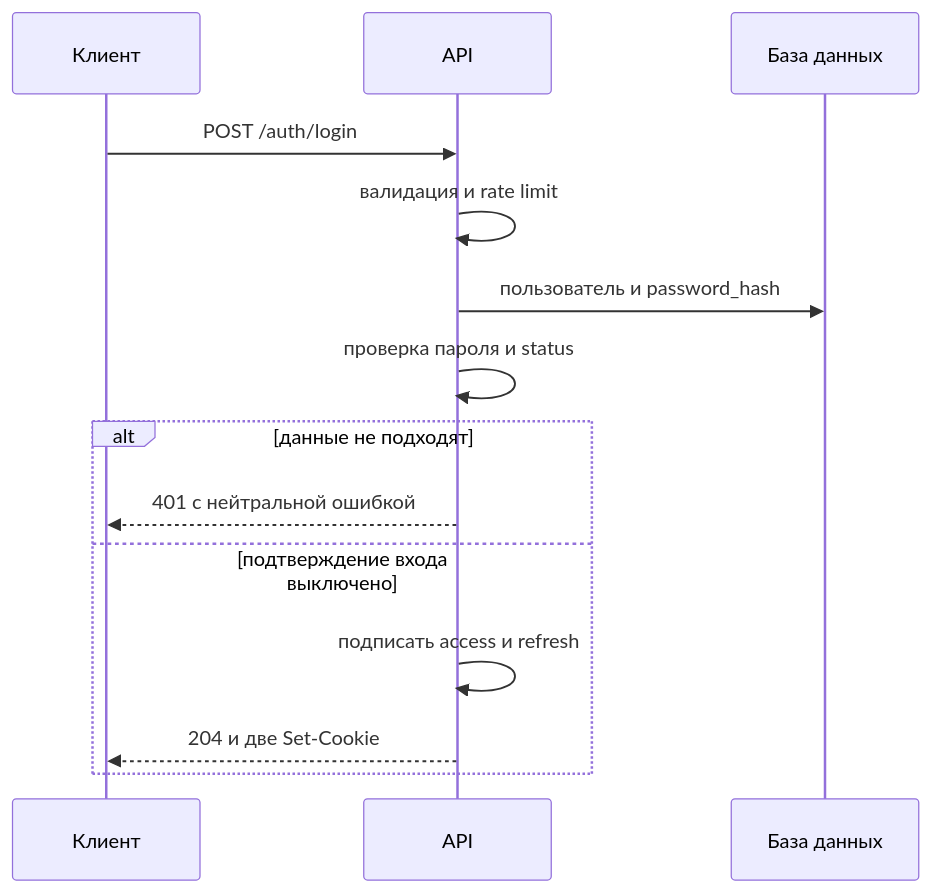
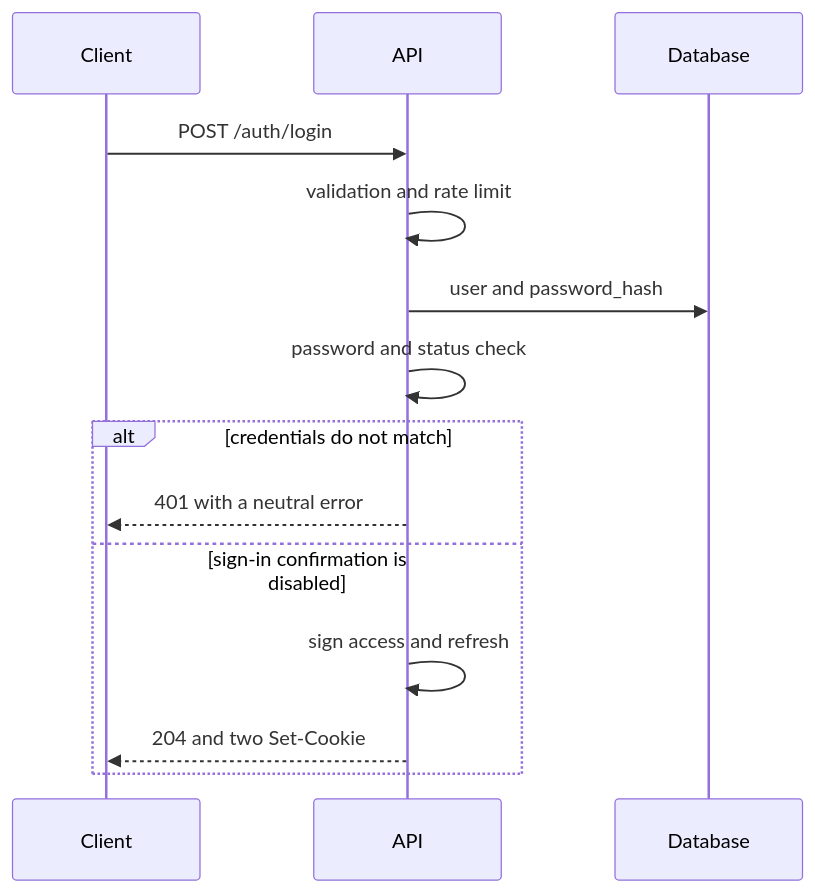
Before and after one commit to pavel-skripko-innowise/inno-fe-be-a1: the first of 3 diagrams in courses-content/backend/A/1/en/1.1.1 Аутентификация.md, drawn with Mermaid. The commit also changed other lines of this file and 35 other files, not shown here.

````diff
--- a/courses-content/backend/A/1/en/1.1.1 Аутентификация.md
+++ b/courses-content/backend/A/1/en/1.1.1 Аутентификация.md
@@ -34,16 +34,16 @@
 ```mermaid
 sequenceDiagram
-  participant C as Клиент
+  participant C as Client
   participant A as API
-  participant D as База данных
+  participant D as Database
   C->>A: POST /auth/login
-  A->>A: валидация и rate limit
-  A->>D: пользователь и password_hash
-  A->>A: проверка пароля и status
-  alt данные не подходят
-    A-->>C: 401 с нейтральной ошибкой
-  else подтверждение входа выключено
-    A->>A: подписать access и refresh
-    A-->>C: 204 и две Set-Cookie
+  A->>A: validation and rate limit
+  A->>D: user and password_hash
+  A->>A: password and status check
+  alt credentials do not match
+    A-->>C: 401 with a neutral error
+  else sign-in confirmation is disabled
+    A->>A: sign access and refresh
+    A-->>C: 204 and two Set-Cookie
   end
 ```
````
